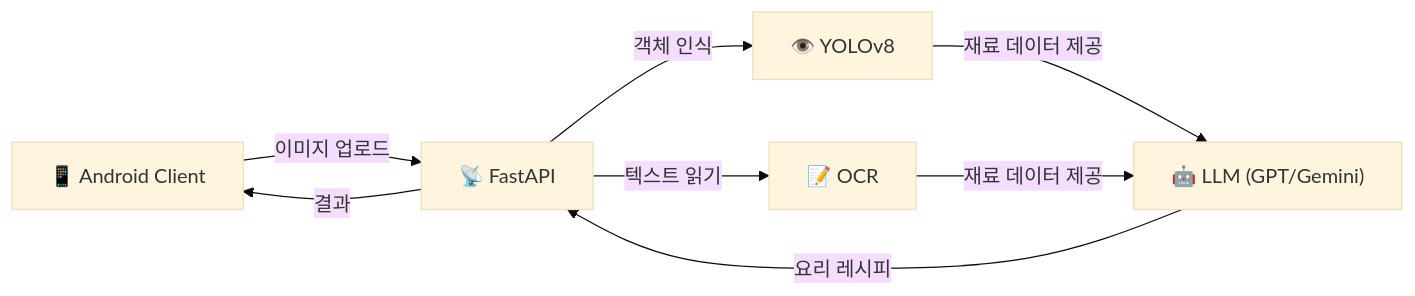
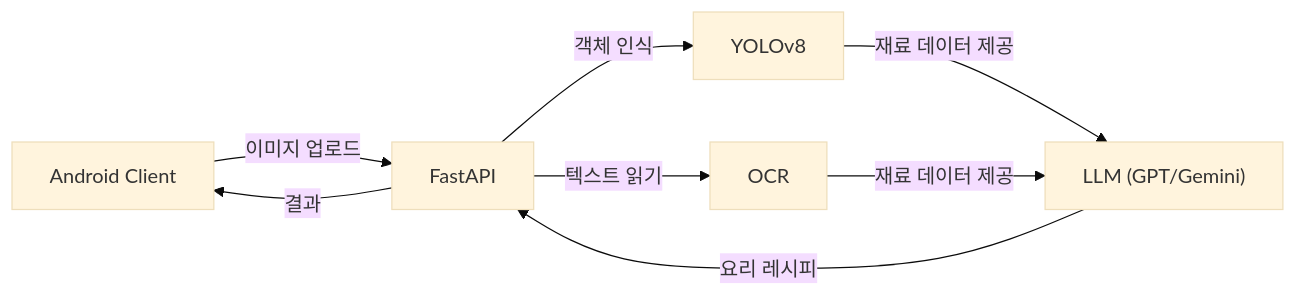
The diagram in README.md (BFandLee/SeeyouFridge), drawn with Mermaid (base theme) before and after one commit. The commit also changed other lines of this file, not shown here.

````diff
--- a/README.md
+++ b/README.md
@@ -61,9 +61,9 @@
 ```mermaid
 graph LR
-    User["📱 Android Client"] -->|"이미지 업로드"| Server["📡 FastAPI"]
-    Server -->|"객체 인식"| YOLO["👁️ YOLOv8"]
-    Server -->|"텍스트 읽기"| OCR["📝 OCR"]
-    YOLO & OCR -->|"재료 데이터 제공"| LLM["🤖 LLM (GPT/Gemini)"]
+    User["Android Client"] -->|"이미지 업로드"| Server[" FastAPI"]
+    Server -->|"객체 인식"| YOLO[" YOLOv8"]
+    Server -->|"텍스트 읽기"| OCR[" OCR"]
+    YOLO & OCR -->|"재료 데이터 제공"| LLM[" LLM (GPT/Gemini)"]
     LLM -->|"요리 레시피"| Server
     Server -->|"결과"| User
 ```
````
